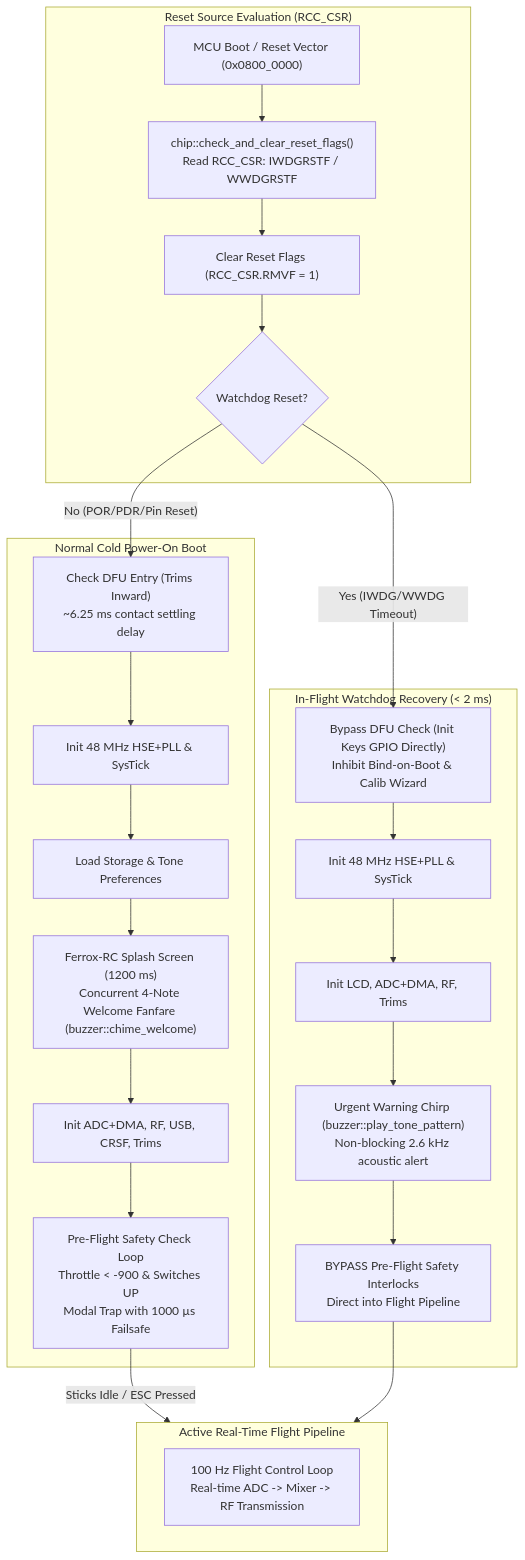
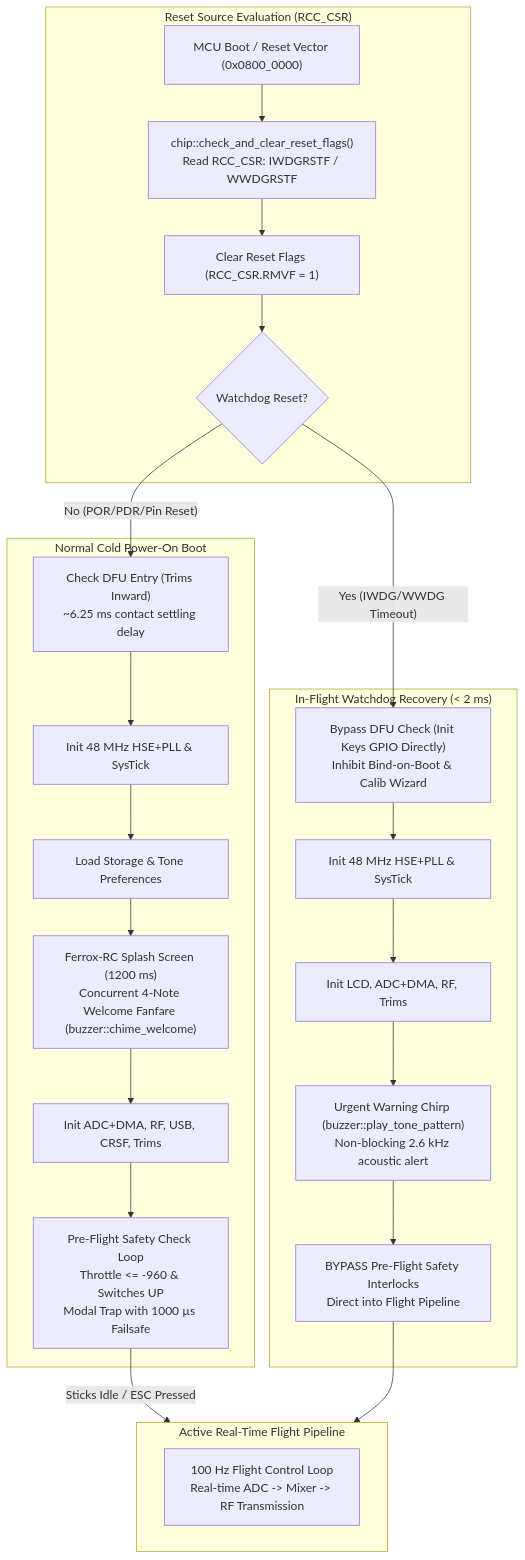
The second of 2 diagrams in docs/ARCHITECTURE.md (ferrox-rc/flysky-i6x-rs), drawn with Mermaid before and after one commit. The commit also changed other lines of this file and 12 other files, not shown here.

````diff
--- a/docs/ARCHITECTURE.md
+++ b/docs/ARCHITECTURE.md
@@ -70,39 +70,39 @@
 ```mermaid
 flowchart TD
     subgraph Boot_Decision ["Reset Source Evaluation (RCC_CSR)"]
         Boot["MCU Boot / Reset Vector (0x0800_0000)"]
         ReadCSR["chip::check_and_clear_reset_flags()<br>Read RCC_CSR: IWDGRSTF / WWDGRSTF"]
         ClearCSR["Clear Reset Flags (RCC_CSR.RMVF = 1)"]
         IsWDT{"Watchdog Reset?"}
         
         Boot --> ReadCSR --> ClearCSR --> IsWDT
     end
 
     subgraph Cold_Boot ["Normal Cold Power-On Boot"]
         DFU["Check DFU Entry (Trims Inward)<br>~6.25 ms contact settling delay"]
         Clocks["Init 48 MHz HSE+PLL & SysTick"]
         Storage["Load Storage & Tone Preferences"]
         Splash["Ferrox-RC Splash Screen (1200 ms)<br>Concurrent 4-Note Welcome Fanfare (buzzer::chime_welcome)"]
         Periphs["Init ADC+DMA, RF, USB, CRSF, Trims"]
-        SafetyCheck["Pre-Flight Safety Check Loop<br>Throttle < -900 & Switches UP<br>Modal Trap with 1000 µs Failsafe"]
+        SafetyCheck["Pre-Flight Safety Check Loop<br>Throttle <= -960 & Switches UP<br>Modal Trap with 1000 µs Failsafe"]
         
         IsWDT -- "No (POR/PDR/Pin Reset)" --> DFU --> Clocks --> Storage --> Splash --> Periphs --> SafetyCheck
     end
 
     subgraph Warm_Recovery ["In-Flight Watchdog Recovery (< 2 ms)"]
         FastInit["Bypass DFU Check (Init Keys GPIO Directly)<br>Inhibit Bind-on-Boot & Calib Wizard"]
         ClocksWarm["Init 48 MHz HSE+PLL & SysTick"]
         PeriphsWarm["Init LCD, ADC+DMA, RF, Trims"]
         AlertChirp["Urgent Warning Chirp (buzzer::play_tone_pattern)<br>Non-blocking 2.6 kHz acoustic alert"]
         BypassCheck["BYPASS Pre-Flight Safety Interlocks<br>Direct into Flight Pipeline"]
         
         IsWDT -- "Yes (IWDG/WWDG Timeout)" --> FastInit --> ClocksWarm --> PeriphsWarm --> AlertChirp --> BypassCheck
     end
 
     subgraph Flight_Loop ["Active Real-Time Flight Pipeline"]
         ActiveRF["100 Hz Flight Control Loop<br>Real-time ADC -> Mixer -> RF Transmission"]
     end
 
     SafetyCheck -- "Sticks Idle / ESC Pressed" --> Flight_Loop
     BypassCheck --> Flight_Loop
 ```
````
